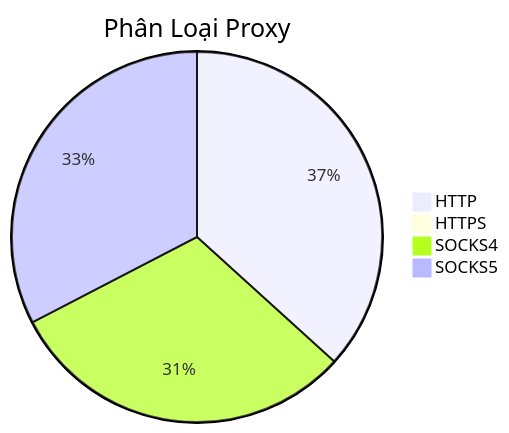
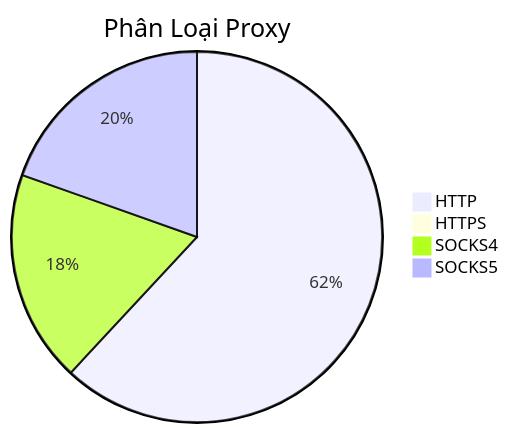
The diagram in README.md (Ciara-12/PROXY-free), drawn with Mermaid before and after one commit. The commit also changed other lines of this file and 4 other files, not shown here.

````diff
--- a/README.md
+++ b/README.md
@@ -26,7 +26,7 @@
 ```mermaid
 pie title Phân Loại Proxy
-    "HTTP" : 321
-    "HTTPS" : 1
-    "SOCKS4" : 268
-    "SOCKS5" : 285
+    "HTTP" : 1031
+    "HTTPS" : 2
+    "SOCKS4" : 308
+    "SOCKS5" : 326
 ```
````
